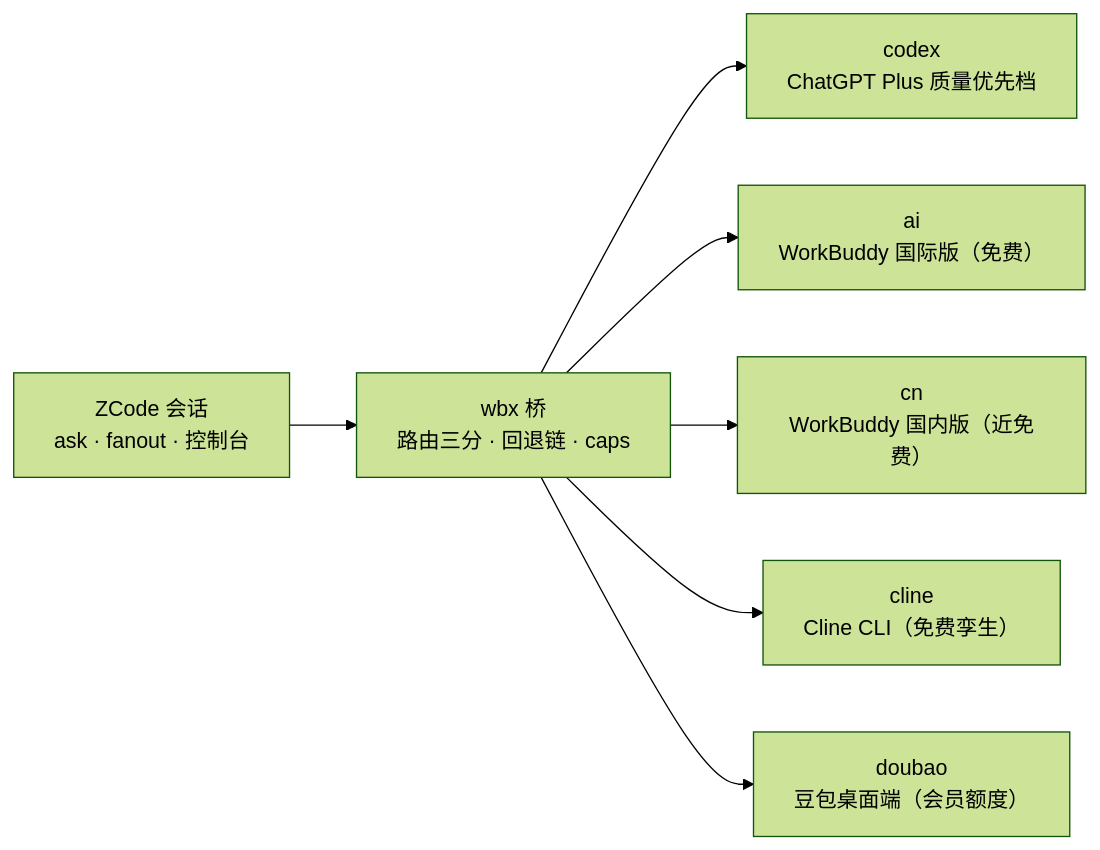
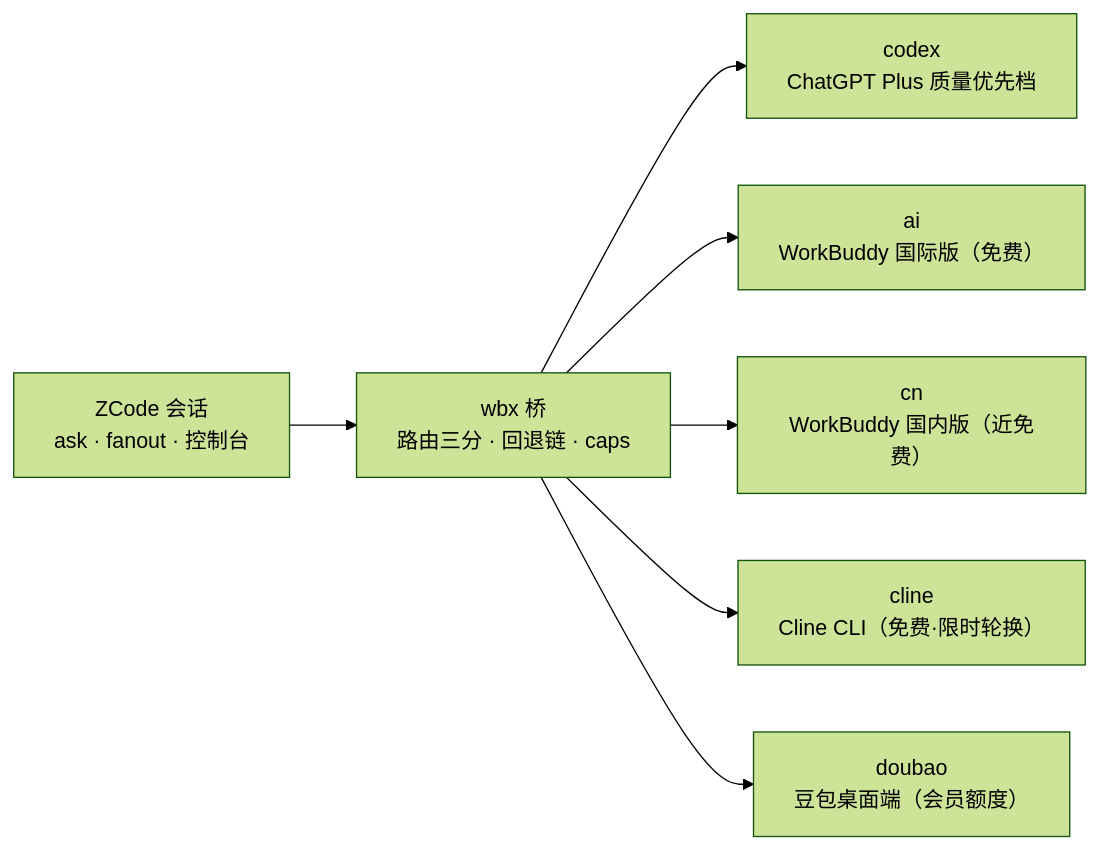
The diagram in README.md (Oiawlm/zcode-wbx-bridge), drawn with Mermaid (forest theme) before and after one commit. The commit also changed other lines of this file, not shown here.

````diff
--- a/README.md
+++ b/README.md
@@ -23,9 +23,9 @@
 ```mermaid
 flowchart LR
     Z["ZCode 会话<br/>ask · fanout · 控制台"] --> W["wbx 桥<br/>路由三分 · 回退链 · caps"]
     W --> C["codex<br/>ChatGPT Plus 质量优先档"]
     W --> A["ai<br/>WorkBuddy 国际版（免费）"]
     W --> N["cn<br/>WorkBuddy 国内版（近免费）"]
-    W --> L["cline<br/>Cline CLI（免费孪生）"]
+    W --> L["cline<br/>Cline CLI（免费·限时轮换）"]
     W --> D["doubao<br/>豆包桌面端（会员额度）"]
 ```
````
